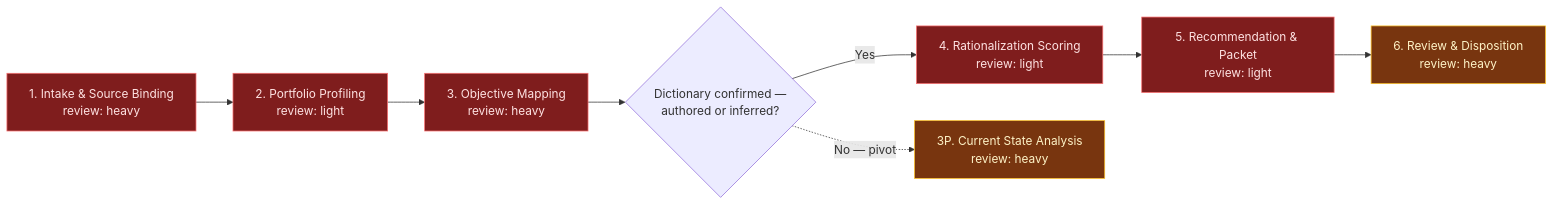
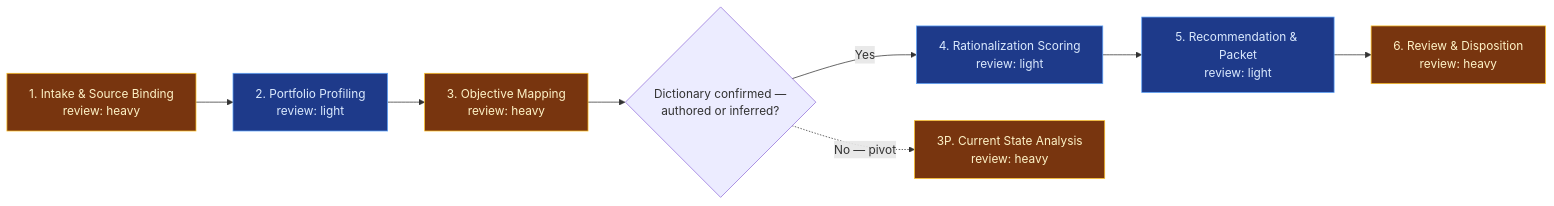
Before and after one commit to RafySauce/flow-lab: the diagram in icp-flows/portfolio-rationalization/HUB.md, drawn with Mermaid. The commit also changed other lines of this file and 6 other files, not shown here.

First line of the commit message:
Promote portfolio-rationalization's 5 skills to verified on a simulated end-to-end run

````diff
--- a/icp-flows/portfolio-rationalization/HUB.md
+++ b/icp-flows/portfolio-rationalization/HUB.md
@@ -58,14 +58,14 @@
 ```mermaid
 flowchart LR
-    S1["1. Intake &amp; Source Binding<br/>review: heavy"]:::gap --> S2["2. Portfolio Profiling<br/>review: light"]:::gap
-    S2 --> S3["3. Objective Mapping<br/>review: heavy"]:::gap
+    S1["1. Intake &amp; Source Binding<br/>review: heavy"]:::heavy --> S2["2. Portfolio Profiling<br/>review: light"]:::light
+    S2 --> S3["3. Objective Mapping<br/>review: heavy"]:::heavy
     S3 --> Dict{"Dictionary confirmed —<br/>authored or inferred?"}
-    Dict -->|"Yes"| S4["4. Rationalization Scoring<br/>review: light"]:::gap
+    Dict -->|"Yes"| S4["4. Rationalization Scoring<br/>review: light"]:::light
     Dict -.->|"No — pivot"| SP["3P. Current State Analysis<br/>review: heavy"]:::heavy
-    S4 --> S5["5. Recommendation &amp; Packet<br/>review: light"]:::gap
+    S4 --> S5["5. Recommendation &amp; Packet<br/>review: light"]:::light
     S5 --> S6["6. Review &amp; Disposition<br/>review: heavy"]:::heavy
 
     classDef heavy fill:#78350f,stroke:#fbbf24,color:#fef3c7
     classDef light fill:#1e3a8a,stroke:#60a5fa,color:#dbeafe
     classDef gap fill:#7f1d1d,stroke:#f87171,color:#fee2e2
 ```
````
